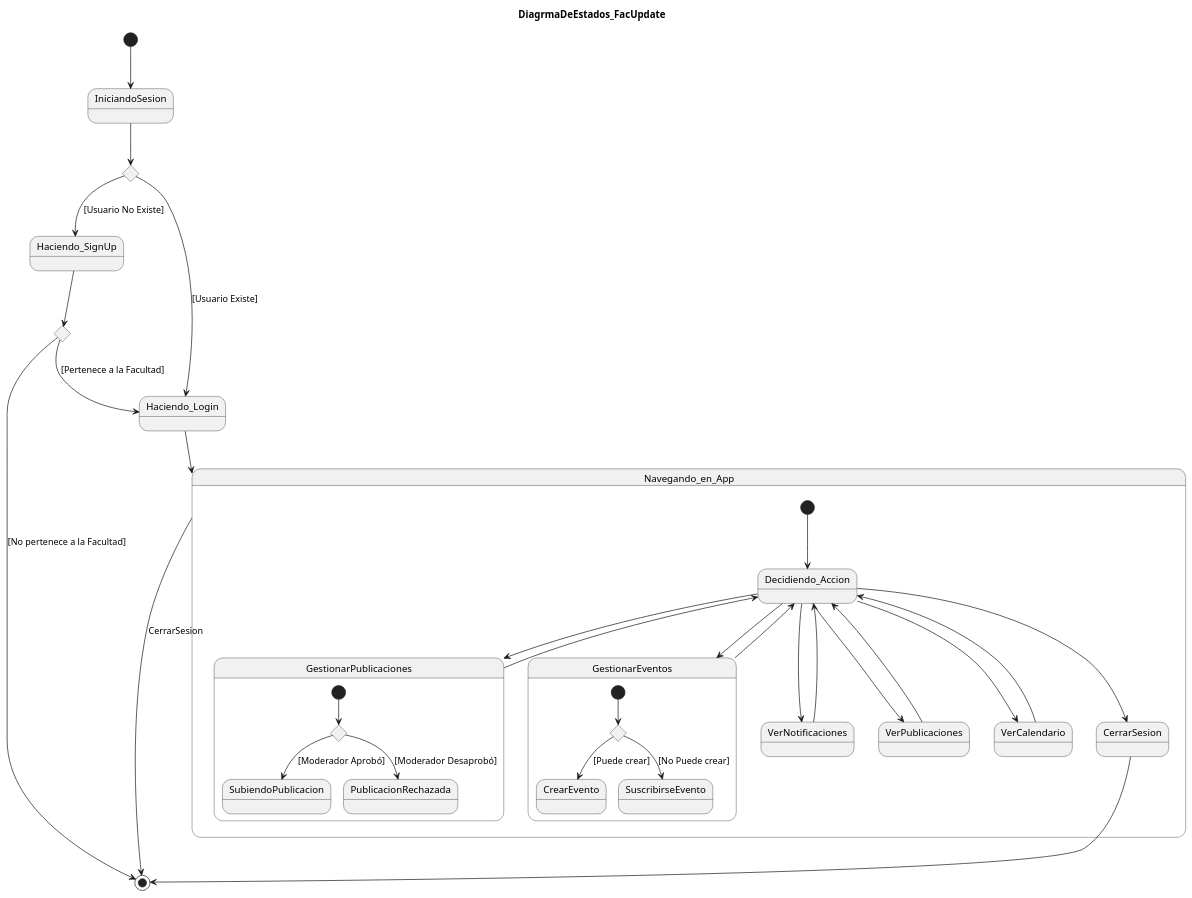
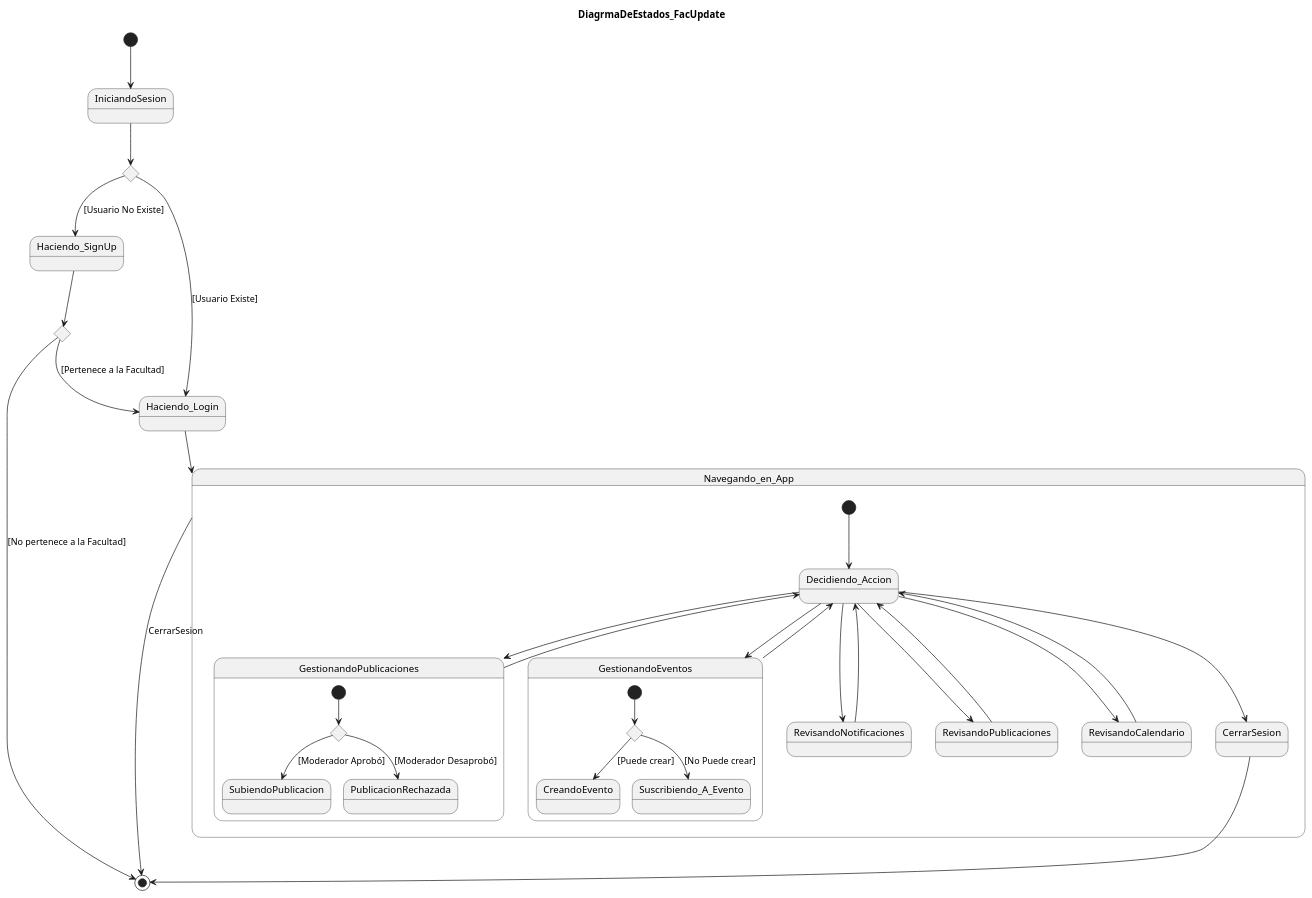
One commit to Danfloca02/ProyectoFacUpdate changed the diagram in docs/scenariosView/stateDiagram.plantuml. Above: the diagram before and after it, drawn with PlantUML.

Commit message:
Diagramas y carpetas cargadas

```diff
--- a/docs/scenariosView/stateDiagram.plantuml
+++ b/docs/scenariosView/stateDiagram.plantuml
@@ -3,54 +3,53 @@
 @startuml
 title DiagrmaDeEstados_FacUpdate
 
 [*] --> IniciandoSesion
 
 state c1 <<choice>>
 IniciandoSesion --> c1
 
 c1 --> Haciendo_SignUp : [Usuario No Existe]
 state c2 <<choice>>
 Haciendo_SignUp --> c2
 c2 --> Haciendo_Login : [Pertenece a la Facultad]
 Haciendo_Login --> Navegando_en_App
 c2 --> [*] : [No pertenece a la Facultad]
 
 c1 --> Haciendo_Login : [Usuario Existe]
 
 state Navegando_en_App {
     [*] -down-> Decidiendo_Accion
     
-    state GestionarPublicaciones {
+    state GestionandoPublicaciones {
         state c3 <<choice>>
         [*] --> c3
         c3 --> SubiendoPublicacion : [Moderador Aprobó]
         c3 --> PublicacionRechazada : [Moderador Desaprobó]
     }
     
-    state GestionarEventos {
+    state GestionandoEventos {
         state c4 <<choice>>
         [*] --> c4
-        c4 -down-> CrearEvento : [Puede crear]
-        c4 -down-> SuscribirseEvento : [No Puede crear]
+        c4 -down-> CreandoEvento : [Puede crear]
+        c4 -down-> Suscribiendo_A_Evento : [No Puede crear]
     }
     
 
-    Decidiendo_Accion -down-> GestionarPublicaciones
-    Decidiendo_Accion -down-> VerNotificaciones
-    Decidiendo_Accion -down-> VerPublicaciones
-    Decidiendo_Accion -down-> VerCalendario
-    Decidiendo_Accion -down-> GestionarEventos
+    Decidiendo_Accion -down-> GestionandoPublicaciones
+    Decidiendo_Accion -down-> RevisandoNotificaciones
+    Decidiendo_Accion -down-> RevisandoPublicaciones
+    Decidiendo_Accion -down-> RevisandoCalendario
+    Decidiendo_Accion -down-> GestionandoEventos
     Decidiendo_Accion -down-> CerrarSesion
     
-    GestionarEventos -up-> Decidiendo_Accion
-    GestionarPublicaciones -up-> Decidiendo_Accion
-    VerNotificaciones -up-> Decidiendo_Accion
-    VerPublicaciones -up-> Decidiendo_Accion
-    VerCalendario -up-> Decidiendo_Accion
-
+    GestionandoEventos -up-> Decidiendo_Accion
+    GestionandoPublicaciones -up-> Decidiendo_Accion
+    RevisandoNotificaciones -up-> Decidiendo_Accion
+    RevisandoPublicaciones -up-> Decidiendo_Accion
+    RevisandoCalendario -up-> Decidiendo_Accion
 }
 
 CerrarSesion --> [*]
 Navegando_en_App --> [*] : CerrarSesion
 
 @enduml
```
